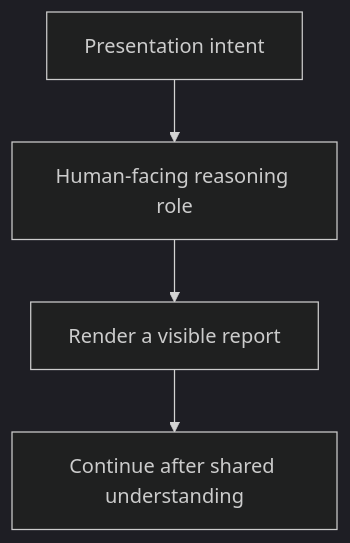
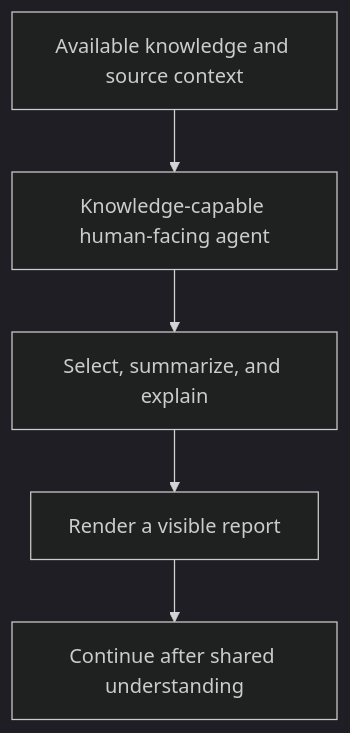
One commit to starodubtsevconsulting/ai-commands changed the second of 9 diagrams in show-context/show-context.command.md. Above: the diagram before and after it, drawn with Mermaid (dark theme). The commit also changed other lines of this file and 1 other file, not shown here.

Commit message:
Describe show-context knowledge routing

````diff
--- a/show-context/show-context.command.md
+++ b/show-context/show-context.command.md
@@ -24,7 +28,8 @@
 ```mermaid
 flowchart TD
-  Intent["Presentation intent"]
-  Intent --> HumanFacing["Human-facing reasoning role"]
-  HumanFacing --> Render["Render a visible report"]
+  Knowledge["Available knowledge and source context"]
+  Knowledge --> Agent["Knowledge-capable human-facing agent"]
+  Agent --> Select["Select, summarize, and explain"]
+  Select --> Render["Render a visible report"]
   Render --> Continue["Continue after shared understanding"]
 ```
````
